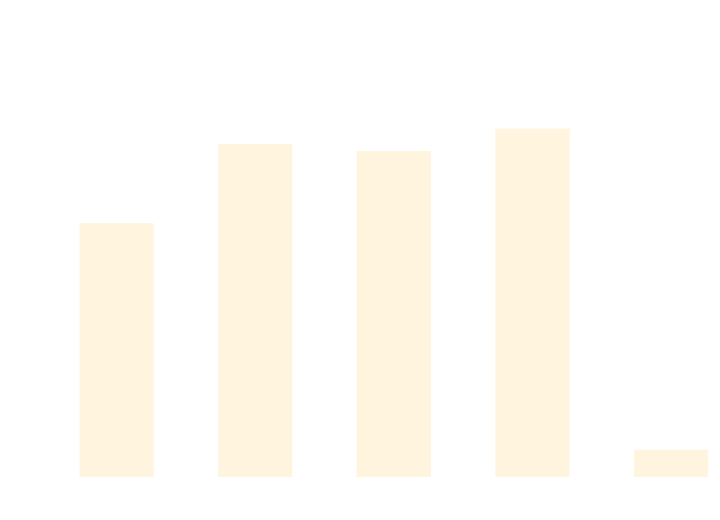
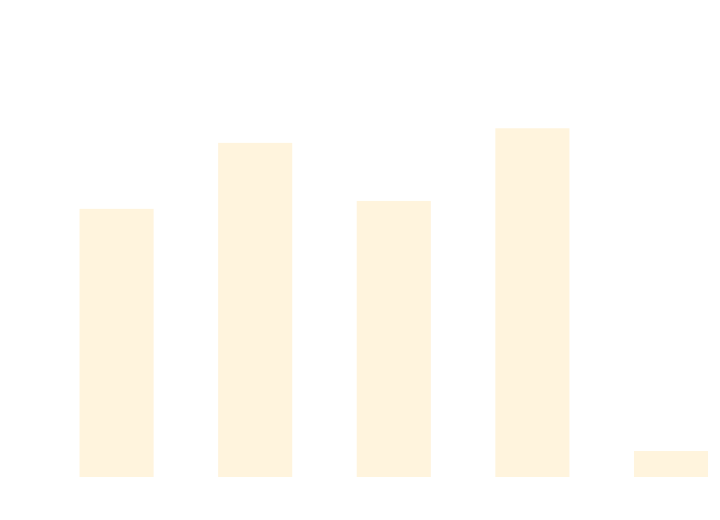
Before and after one commit to thomhurst/TUnit: the diagram in docs/docs/benchmarks/ScaleTests.md, drawn with Mermaid. The commit also changed other lines of this file and 17 other files, not shown here.

````diff
--- a/docs/docs/benchmarks/ScaleTests.md
+++ b/docs/docs/benchmarks/ScaleTests.md
@@ -27,37 +27,37 @@
 ```mermaid
 %%{init: {
   'theme':'base',
   'themeVariables': {
     'primaryColor': '#2563eb',
     'primaryTextColor': '#ffffff',
     'primaryBorderColor': '#1e40af',
     'lineColor': '#6b7280',
     'secondaryColor': '#7c3aed',
     'tertiaryColor': '#dc2626',
     'background': '#ffffff',
     'mainBkg': '#2563eb',
     'secondBkg': '#7c3aed',
     'tertiaryBkg': '#dc2626',
     'clusterBkg': '#f3f4f6',
     'edgeLabelBackground': '#ffffff',
     'tertiaryTextColor': '#1f2937',
     'pie1': '#2563eb',
     'pie2': '#7c3aed',
     'pie3': '#dc2626',
     'pie4': '#f59e0b',
     'pie5': '#10b981',
     'pie6': '#06b6d4',
     'pie7': '#ec4899',
     'pie8': '#6366f1',
     'pie9': '#84cc16',
     'pie10': '#f97316',
     'pie11': '#14b8a6',
     'pie12': '#a855f7'
   }
 }}%%
 xychart-beta
   title "ScaleTests Performance Comparison"
   x-axis ["TUnit", "NUnit", "MSTest", "xUnit3", "TUnit_AOT"]
-  y-axis "Time (ms)" 0 --> 766
-  bar [460.24, 608.85, 595.63, 637.51, 35.74]
+  y-axis "Time (ms)" 0 --> 723
+  bar [459.86, 576.52, 473.86, 602.32, 31.83]
 ```
````
